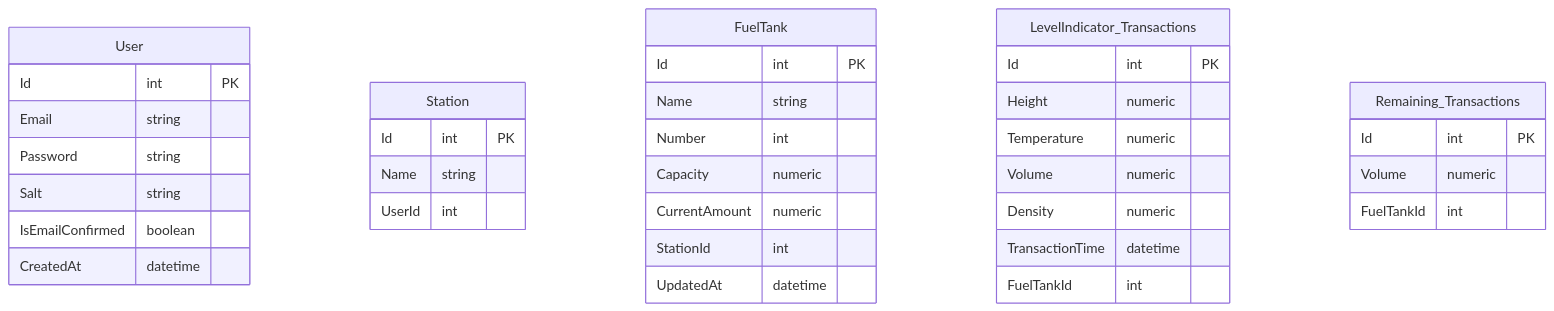
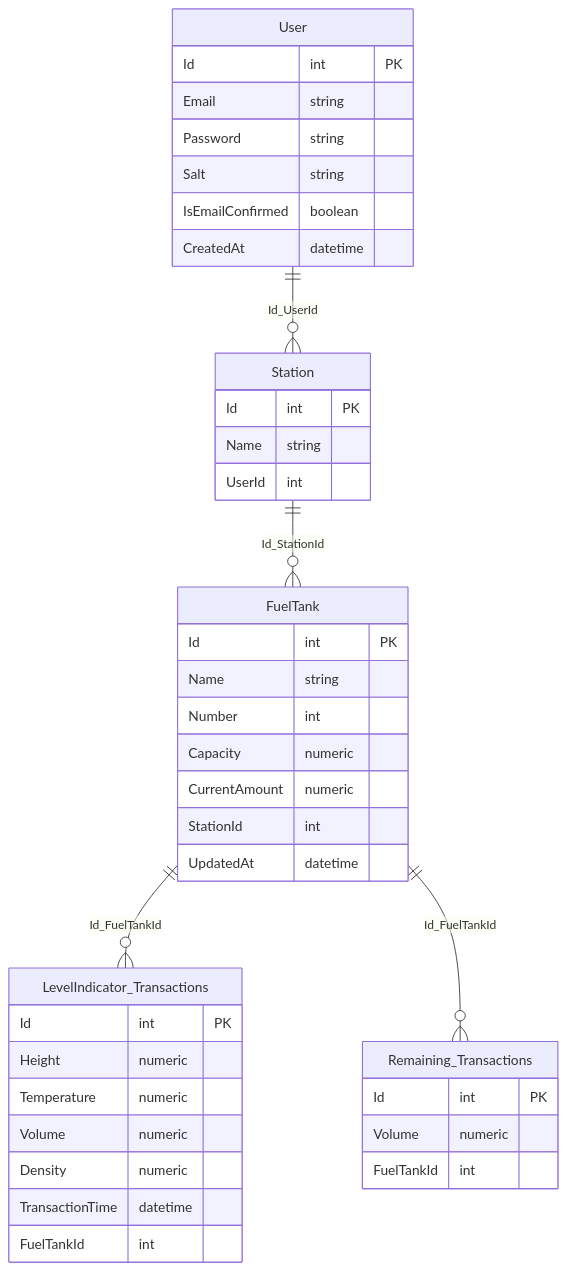
Before and after one commit to max-voronkin/Fung: the diagram in README.md, drawn with Mermaid.

Commit message:
Managed relations

````diff
--- a/README.md
+++ b/README.md
@@ -5,43 +5,47 @@
 ```mermaid
 erDiagram
-  User {
+User ||--o{ Station : Id_UserId
+User {
   Id int PK
   Email string
   Password string
   Salt string
   IsEmailConfirmed boolean
   CreatedAt datetime
 }
 
+Station ||--o{ FuelTank : Id_StationId
 Station {
   Id int PK
   Name string
   UserId int 
 }
 
+FuelTank ||--o{ LevelIndicator_Transactions : Id_FuelTankId
+FuelTank ||--o{ Remaining_Transactions : Id_FuelTankId
 FuelTank {
   Id int PK
   Name string
   Number int
   Capacity numeric
   CurrentAmount numeric
   StationId int
   UpdatedAt datetime
 }
 
 LevelIndicator_Transactions {
   Id int PK
   Height numeric
   Temperature numeric
   Volume numeric
   Density numeric
   TransactionTime datetime
   FuelTankId int
 }
 
 Remaining_Transactions {
   Id int PK
   Volume numeric
   FuelTankId int
 }
 ```
````
